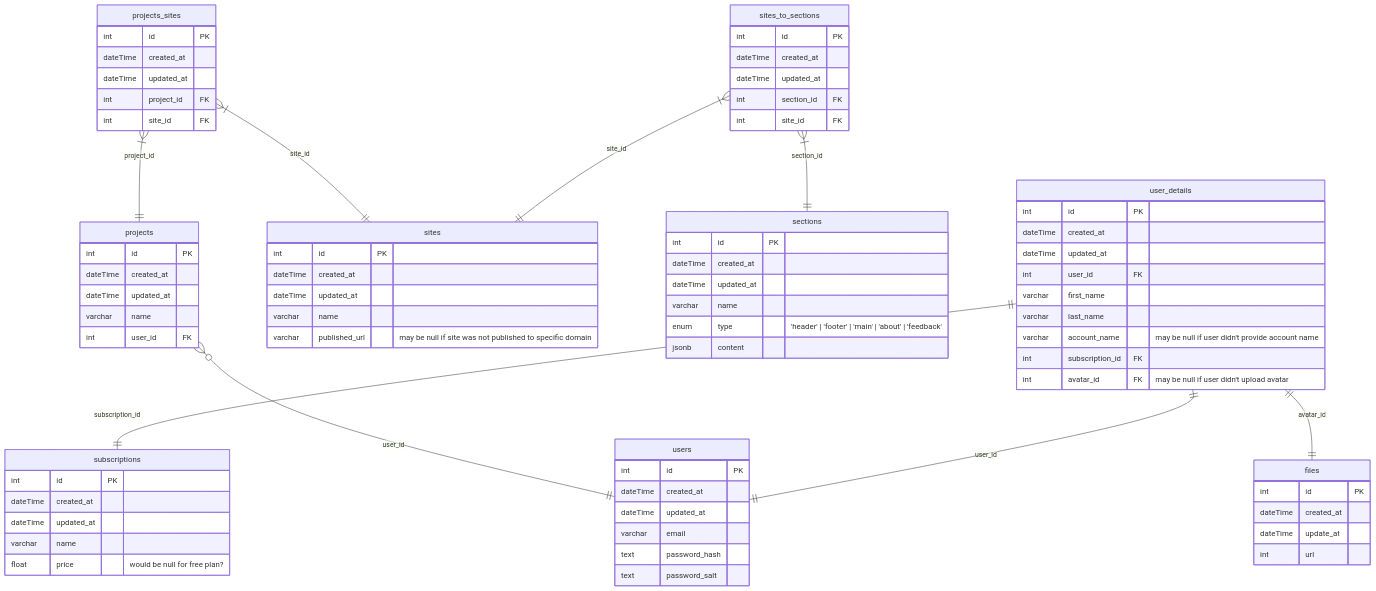
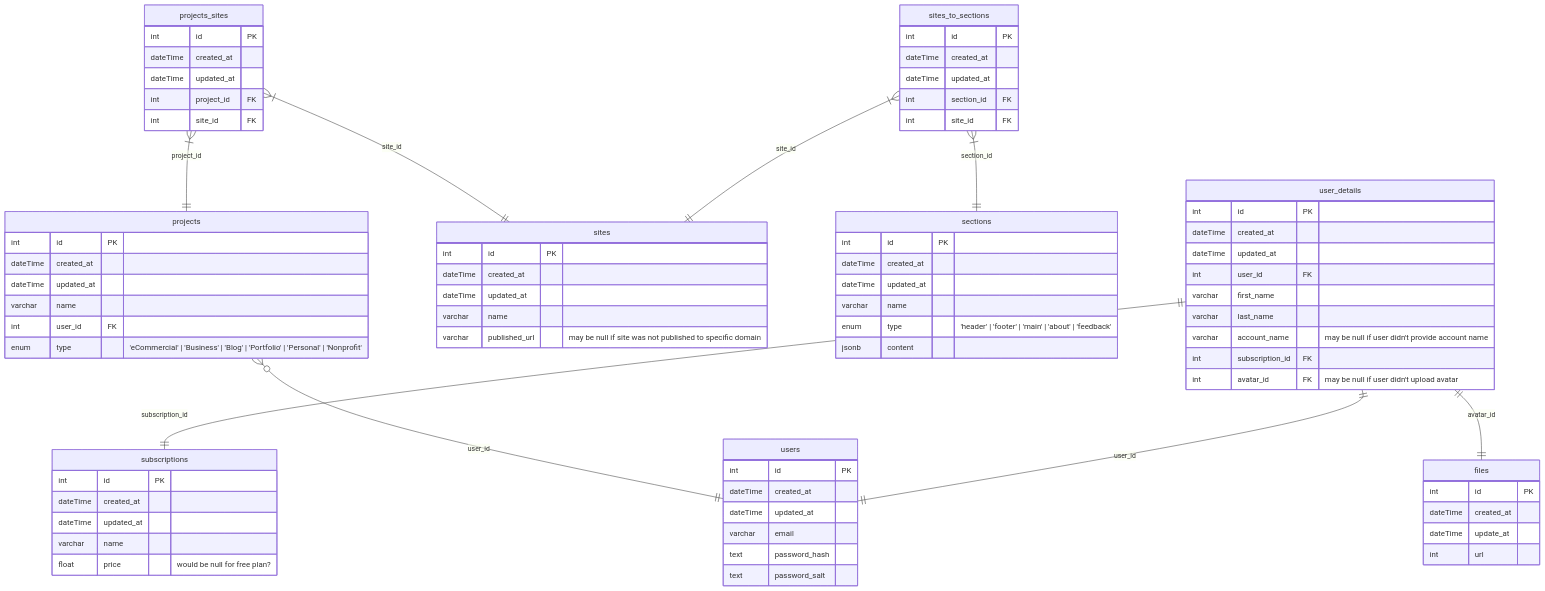
Before and after one commit to BinaryStudioAcademy/bsa-winter-2022-2023-simpleland: the diagram in readme.md, drawn with Mermaid. The commit also changed 1 other file, not shown here.

Commit message:
sl-143: + project type table

```diff
--- a/readme.md
+++ b/readme.md
@@ -102,6 +102,7 @@
     dateTime updated_at
     varchar name
     int user_id FK
+    enum type "'eCommercial' | 'Business' | 'Blog' | 'Portfolio' | 'Personal' | 'Nonprofit'"
   }
 
   projects_sites }|--|| projects : project_id
```
